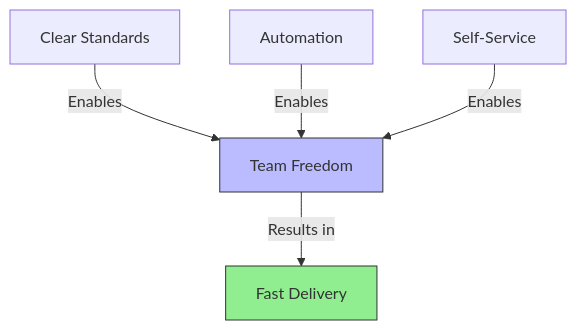
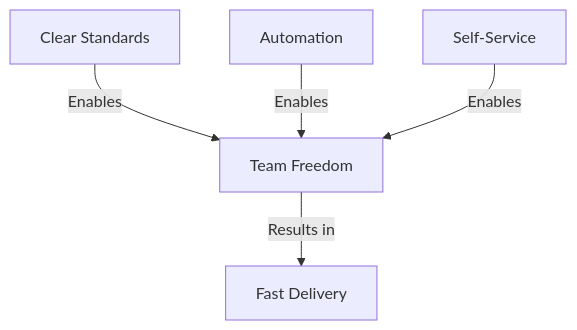
The fifth of 6 diagrams in pages/section-5.md (voioo/iac-pulumi-seminar), drawn with Mermaid before and after one commit. The commit also changed other lines of this file and 6 other files, not shown here.

````diff
--- a/pages/section-5.md
+++ b/pages/section-5.md
@@ -520,9 +504,7 @@
 ```mermaid {scale: 0.7}
 graph TD
     A[Clear Standards] -->|Enables| D[Team Freedom]
     B[Automation] -->|Enables| D
     C[Self-Service] -->|Enables| D
     D -->|Results in| E[Fast Delivery]
-    style D fill:#bbf,stroke:#333
-    style E fill:#90EE90,stroke:#333
 ```
````
